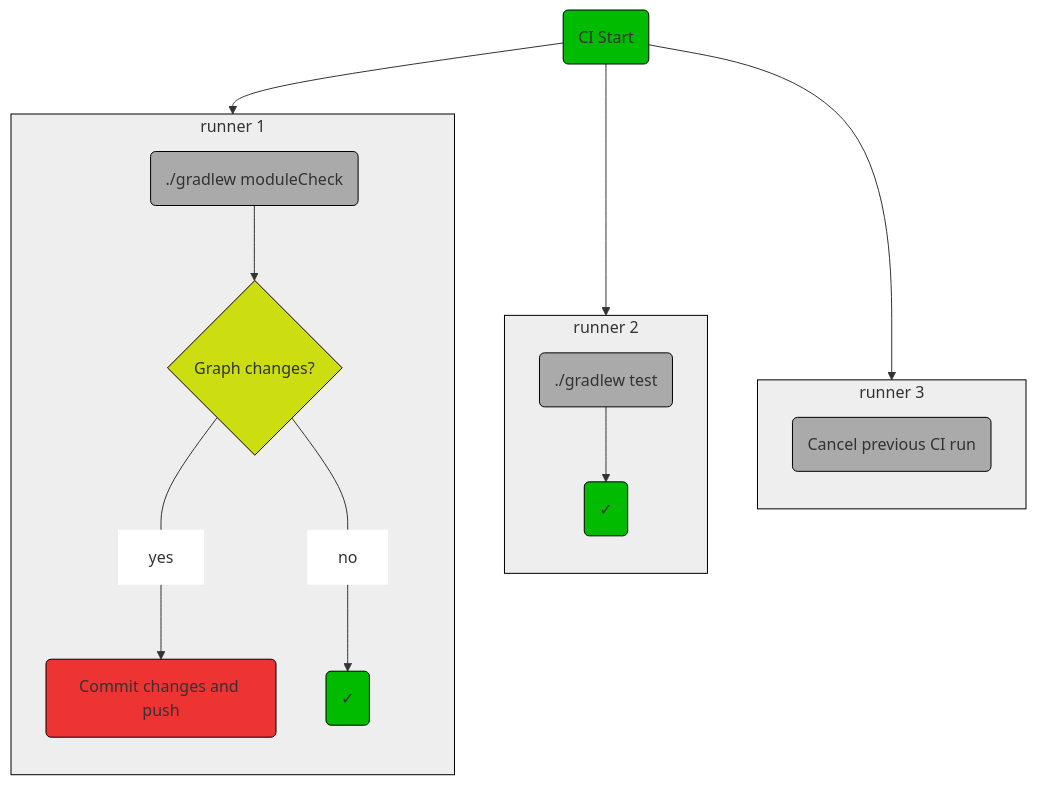
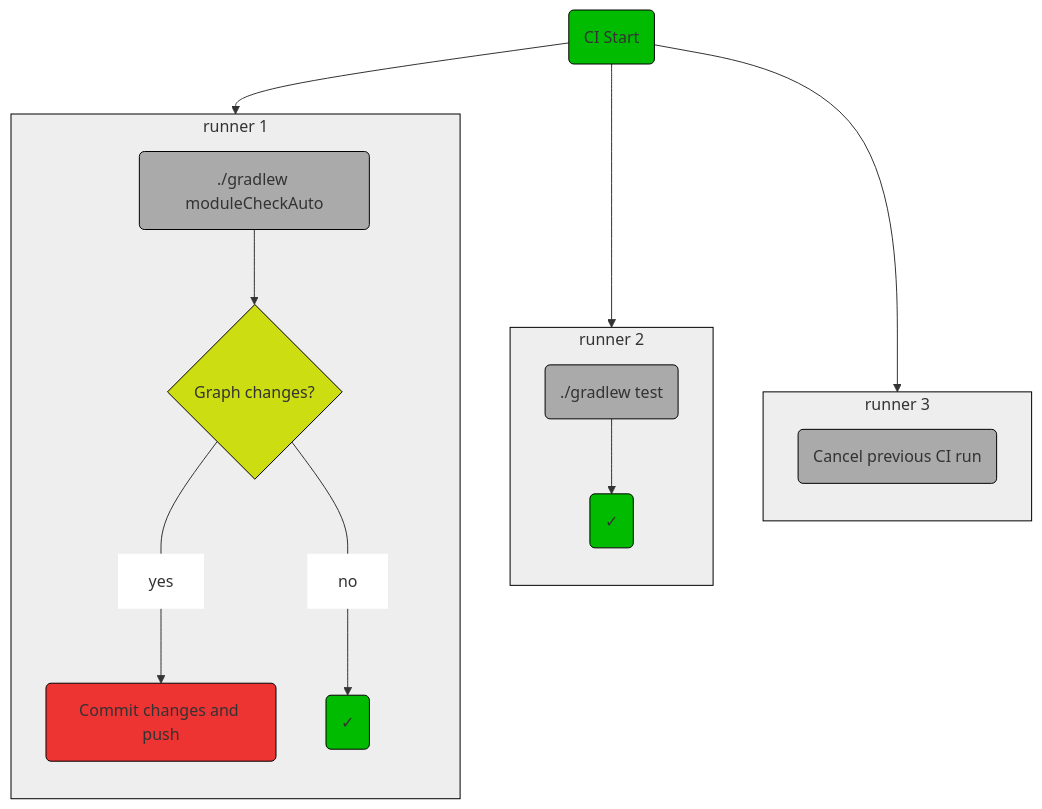
The diagram in website/docs/ci_workflow.md (rickbusarow/ModuleCheck), drawn with Mermaid before and after one commit. The commit also changed other lines of this file and 20 other files, not shown here.

````diff
--- a/website/docs/ci_workflow.md
+++ b/website/docs/ci_workflow.md
@@ -34,36 +34,36 @@
 ```mermaid
 flowchart TB
   Start(CI Start):::good --> mGraph
   Start --> tGraph
   Start --> cGraph
 
   subgraph mGraph [runner 1]
     direction TB
-    ModuleCheck(./gradlew moduleCheck):::code --> ChangesModuleCheck
+    ModuleCheck(./gradlew moduleCheckAuto):::code --> ChangesModuleCheck
     ChangesModuleCheck{Graph changes?} --- yesM[yes]:::lineLabel --> CommitModuleCheck(Commit changes and push):::stop
     ChangesModuleCheck --- noM[no]:::lineLabel --> EndModuleCheck("#10003;"):::good
   end
 
   subgraph tGraph [runner 2]
     direction TB
     Tests(./gradlew test):::code --> EndTests("#10003;"):::good
   end
 
   subgraph cGraph [runner 3]
     direction TB
     Cancel(Cancel previous CI run):::code
   end
 
   style tGraph fill:#EEE,stroke:#000
   style cGraph fill:#EEE,stroke:#000
   style mGraph fill:#EEE,stroke:#000
 
   classDef good fill:#0B0,stroke:#000
   classDef stop fill:#E33,stroke:#000
 
   classDef code fill:#AAA,stroke:#000
 
   style ChangesModuleCheck fill:#CD1,stroke:#000
 
   classDef lineLabel fill:#FFF,stroke:#FFF
 ```
````
